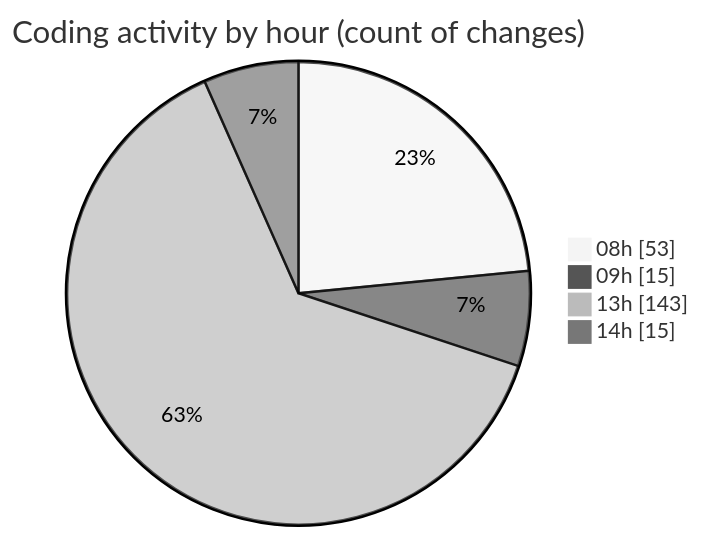
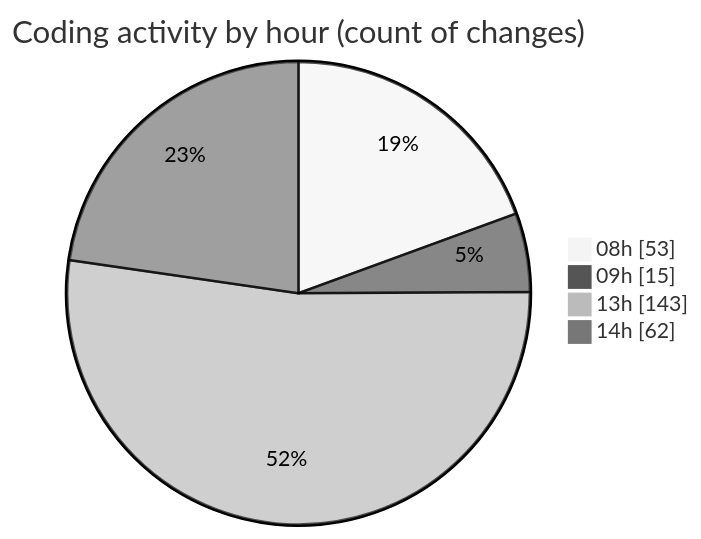
Before and after one commit to momahboobian/code-tracking: the second of 2 diagrams in 2026-05-01/cda/README.md, drawn with Mermaid (neutral theme). The commit also changed other lines of this file and 1 other file, not shown here.

````diff
--- a/2026-05-01/cda/README.md
+++ b/2026-05-01/cda/README.md
@@ -75,8 +75,8 @@
 ```mermaid
 pie showData
 title Coding activity by hour (count of changes)
 "08h" : 53
 "09h" : 15
 "13h" : 143
-"14h" : 15
+"14h" : 62
 ```
````
